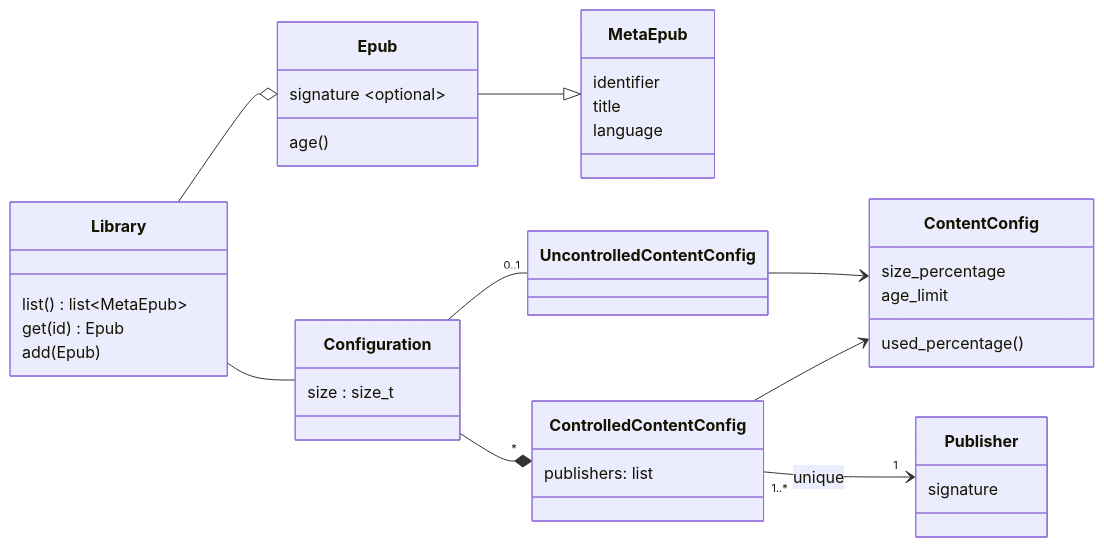
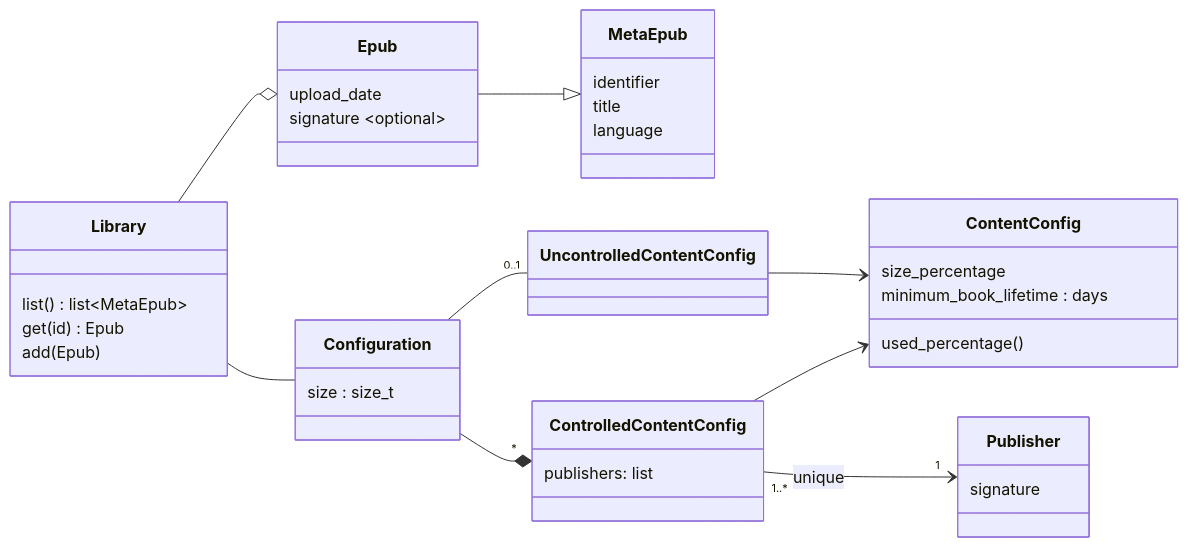
One commit to redengin/sneakernet changed the diagram in docs/library.md. Above: the diagram before and after it, drawn with Mermaid. The commit also changed other lines of this file and 22 other files, not shown here.

````diff
--- a/docs/library.md
+++ b/docs/library.md
@@ -11,41 +11,41 @@
 ```mermaid
 classDiagram
     direction LR
     class Library {
         list() list~MetaEpub~
         get(id) Epub
         add(Epub)
     }
     Library --o Epub
     class Epub {
+        upload_date
         signature ~optional~
-        age()
     }
     Epub --|> MetaEpub
     class MetaEpub {
         identifier
         title
         language
     }
     Library -- Configuration
     class Configuration {
         size : size_t
     }
     Configuration -- "0..1" UncontrolledContentConfig
     UncontrolledContentConfig --> ContentConfig
     class ContentConfig {
         size_percentage
-        age_limit
         used_percentage()
+        minimum_book_lifetime : days
     }
     Configuration --* "*" ControlledContentConfig
     ControlledContentConfig --> ContentConfig
     class ControlledContentConfig {
         publishers: list
     }
     ControlledContentConfig "1..*" --> "1" Publisher : unique
 
     class Publisher {
         signature
     }
 ```
````
